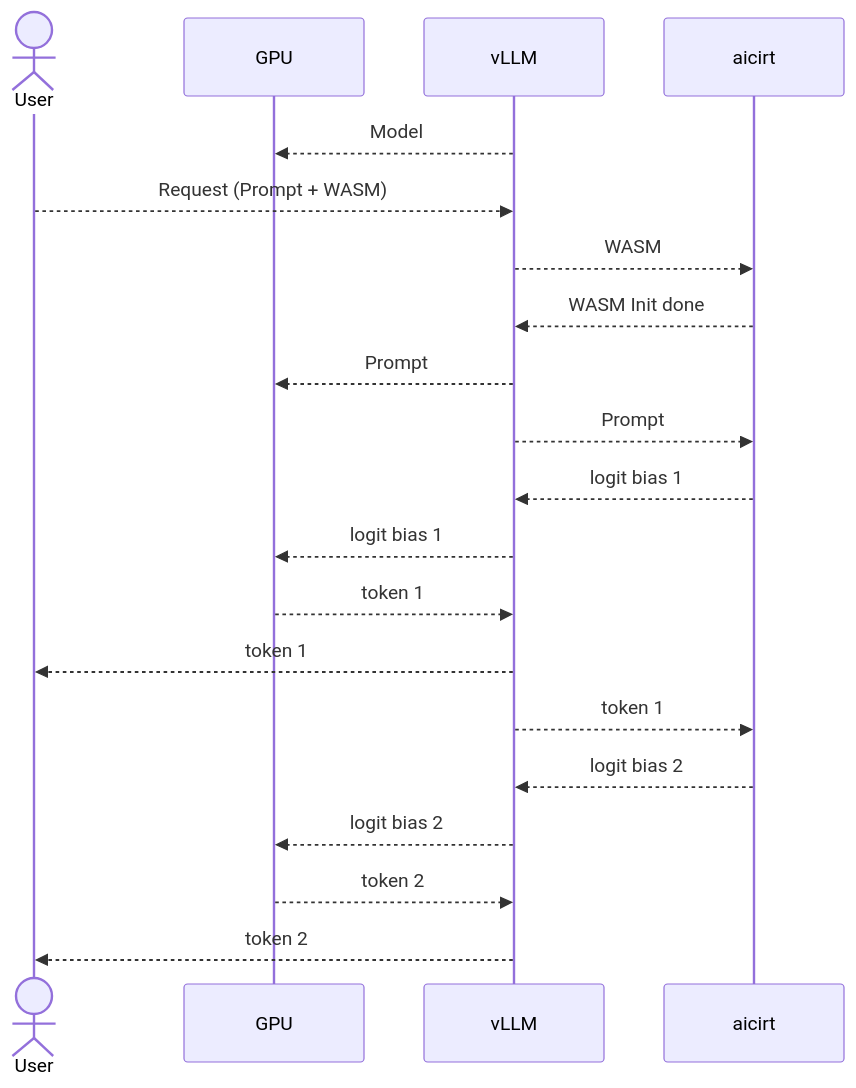
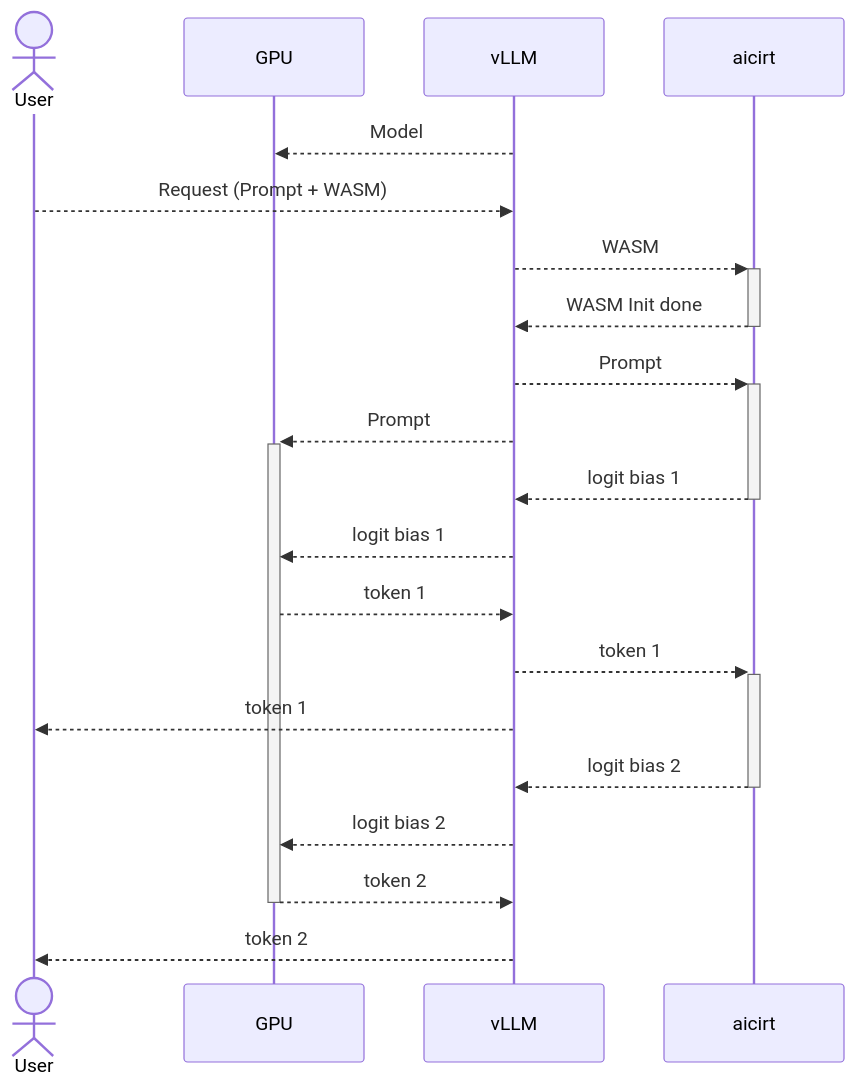
Before and after one commit to microsoft/aici: the second of 2 diagrams in README.md, drawn with Mermaid.

Commit message:
activations in diagram

````diff
--- a/README.md
+++ b/README.md
@@ -60,22 +60,22 @@
 ```mermaid
 sequenceDiagram
     actor User
     participant GPU
     participant vLLM
     participant aicirt
     vLLM -->> GPU: Model
     User -->> vLLM: Request (Prompt + WASM)
-    vLLM -->> aicirt: WASM
-    aicirt -->> vLLM: WASM Init done
-    vLLM -->> GPU: Prompt
-    vLLM -->> aicirt: Prompt
-    aicirt -->> vLLM: logit bias 1
+    vLLM -->>+ aicirt: WASM
+    aicirt -->>- vLLM: WASM Init done
+    vLLM -->>+ aicirt: Prompt
+    vLLM -->>+ GPU: Prompt
+    aicirt -->>- vLLM: logit bias 1
     vLLM -->> GPU: logit bias 1
     GPU -->> vLLM: token 1
+    vLLM -->>+ aicirt: token 1
     vLLM -->> User: token 1
-    vLLM -->> aicirt: token 1
-    aicirt -->> vLLM: logit bias 2
+    aicirt -->>- vLLM: logit bias 2
     vLLM -->> GPU: logit bias 2
-    GPU -->> vLLM: token 2
+    GPU -->>- vLLM: token 2
     vLLM -->> User: token 2
 ```
````
